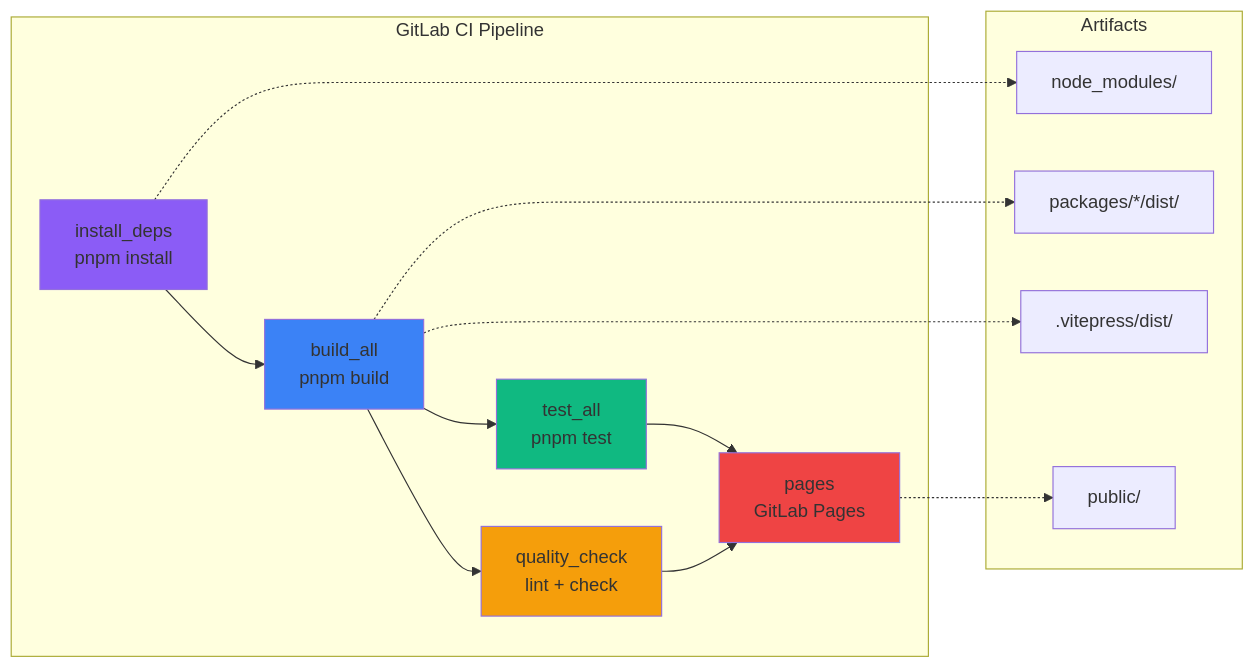
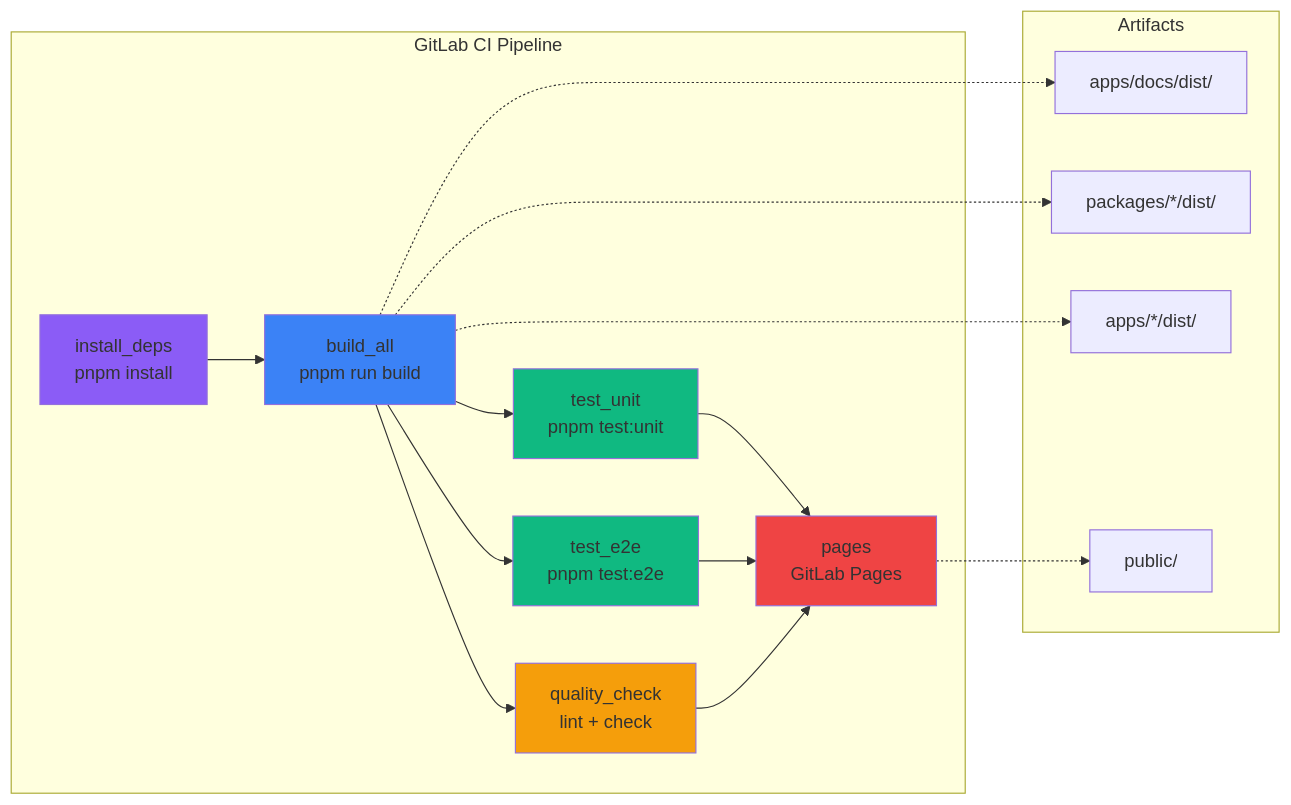
The third of 9 diagrams in apps/docs/src/arc42/07-deployment-view.md (mainzcript/ujl), drawn with Mermaid before and after one commit. The commit also changed other lines of this file and 2 other files, not shown here.

Commit message:
refactor: update deployment documentation to clarify the architecture of the UJL framework, including changes to the Library Service setup, PostgreSQL configuration, and Docker Compose usage, while enhancing clarity and consistency across sections

````diff
--- a/apps/docs/src/arc42/07-deployment-view.md
+++ b/apps/docs/src/arc42/07-deployment-view.md
@@ -166,34 +160,38 @@
 ```mermaid
 graph LR
     subgraph "GitLab CI Pipeline"
         Install[install_deps<br/>pnpm install]
-        Build[build_all<br/>pnpm build]
-        Test[test_all<br/>pnpm test]
+        Build[build_all<br/>pnpm run build]
+        TestUnit[test_unit<br/>pnpm test:unit]
+        TestE2E[test_e2e<br/>pnpm test:e2e]
         Quality[quality_check<br/>lint + check]
         Deploy[pages<br/>GitLab Pages]
     end
 
     subgraph "Artifacts"
-        Deps[node_modules/]
-        Dist[packages/*/dist/]
-        DocsOutput[.vitepress/dist/]
+        DocsOutput[apps/docs/dist/]
+        DistPackages[packages/*/dist/]
+        DistApps[apps/*/dist/]
         Public[public/]
     end
 
     Install --> Build
-    Build --> Test
     Build --> Quality
-    Test --> Deploy
+    Build --> TestUnit
+    Build --> TestE2E
+    TestUnit --> Deploy
+    TestE2E --> Deploy
     Quality --> Deploy
 
-    Install -.-> Deps
-    Build -.-> Dist
     Build -.-> DocsOutput
+    Build -.-> DistPackages
+    Build -.-> DistApps
     Deploy -.-> Public
 
     style Install fill:#8b5cf6
     style Build fill:#3b82f6
-    style Test fill:#10b981
+    style TestUnit fill:#10b981
+    style TestE2E fill:#10b981
     style Quality fill:#f59e0b
     style Deploy fill:#ef4444
 ```
````
